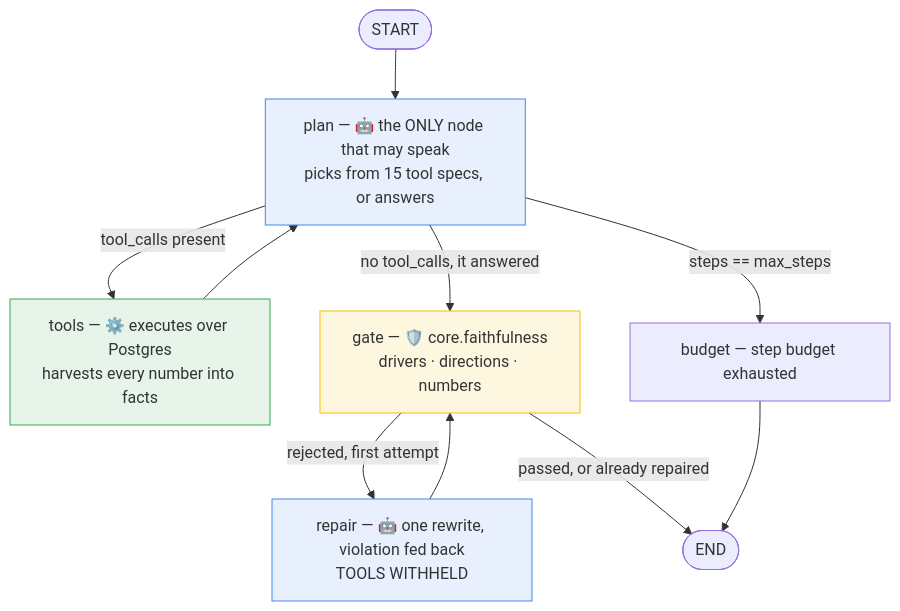
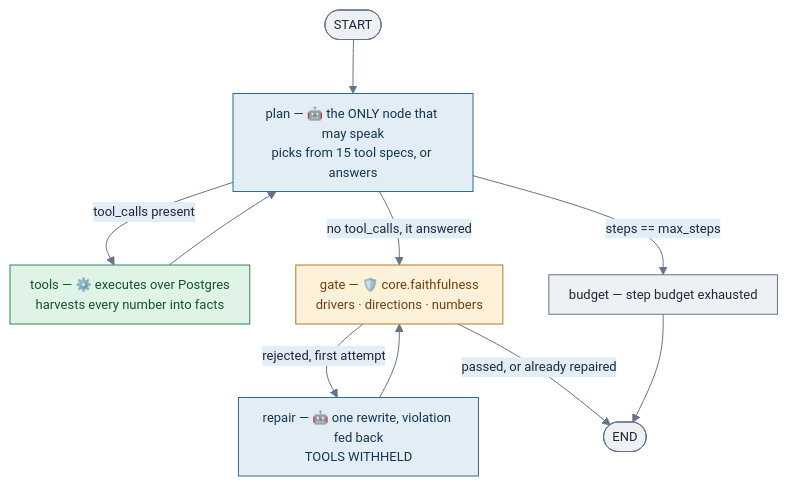
The fifth of 19 diagrams in README.md (vamshi455/vrr-agent-open), drawn with Mermaid before and after one commit. The commit also changed other lines of this file and 2 other files, not shown here.

````diff
--- a/README.md
+++ b/README.md
@@ -363,21 +406,24 @@
 ```mermaid
-flowchart TD
+%%{init: {'theme':'base','themeVariables':{'fontFamily':'ui-sans-serif, system-ui, -apple-system, sans-serif','fontSize':'13px','lineColor':'#64748b','primaryColor':'#eef1f4','primaryTextColor':'#1f2937','primaryBorderColor':'#64748b','secondaryColor':'#e3edf6','tertiaryColor':'#eef1f4'},'flowchart':{'htmlLabels':true,'padding':10,'nodeSpacing':46,'rankSpacing':54,'curve':'basis','useMaxWidth':true},'sequence':{'useMaxWidth':true,'boxMargin':8}}}%%
+flowchart TB
     START(["START"]) --> PLAN
     PLAN["plan — 🤖 the ONLY node that may speak<br/>picks from 15 tool specs, or answers"]
     PLAN -->|"tool_calls present"| TOOLS
     PLAN -->|"no tool_calls, it answered"| GATE
     PLAN -->|"steps == max_steps"| BUDGET
     TOOLS["tools — ⚙️ executes over Postgres<br/>harvests every number into facts"]
     TOOLS --> PLAN
     GATE["gate — 🛡️ core.faithfulness<br/>drivers · directions · numbers"]
     GATE -->|"rejected, first attempt"| REPAIR
     GATE -->|"passed, or already repaired"| FIN(["END"])
     REPAIR["repair — 🤖 one rewrite, violation fed back<br/>TOOLS WITHHELD"]
     REPAIR --> GATE
     BUDGET["budget — step budget exhausted"] --> FIN
 
-    style PLAN fill:#e8f0fe,stroke:#4285f4
-    style REPAIR fill:#e8f0fe,stroke:#4285f4
-    style TOOLS fill:#e6f4ea,stroke:#34a853
-    style GATE fill:#fef7e0,stroke:#fbbc04
+    classDef data fill:#e3edf6,stroke:#2d6b91,stroke-width:1px,color:#12374d;
+    classDef ok fill:#dff3e6,stroke:#2f855a,stroke-width:1px,color:#14532d;
+    classDef warn fill:#fdf2d9,stroke:#b7791f,stroke-width:1px,color:#713f12;
+    class PLAN,REPAIR data;
+    class TOOLS ok;
+    class GATE warn;
 ```
````
